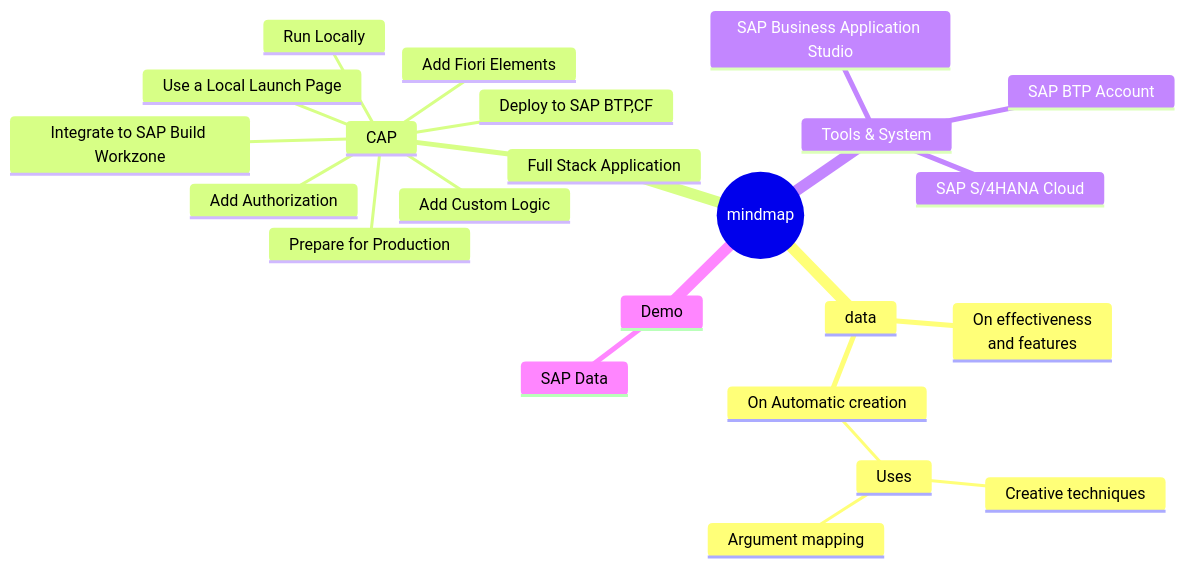
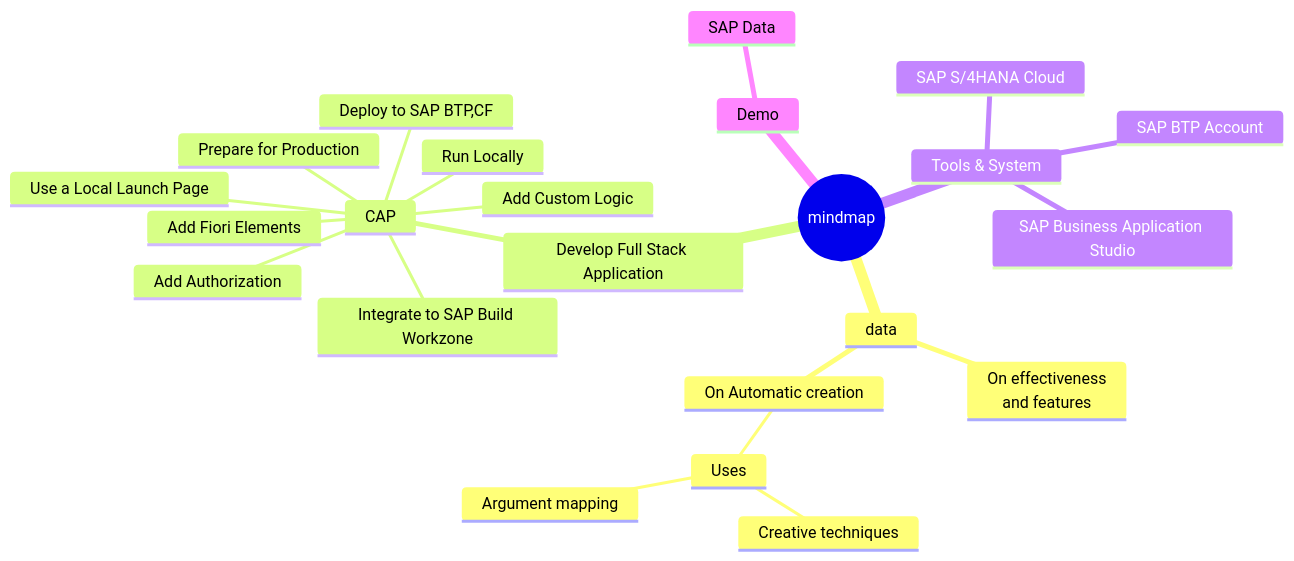
The first of 4 diagrams in README.md (ejazsyed/validation-issue), drawn with Mermaid before and after one commit.

````diff
--- a/README.md
+++ b/README.md
@@ -7,27 +7,27 @@
 ```mermaid
    mindmap
   root((mindmap))
     data
       On effectiveness<br/>and features
       On Automatic creation
         Uses
             Creative techniques
             Argument mapping
-    Full Stack Application
+    Develop Full Stack Application
       CAP
         Add Custom Logic
         Add Fiori Elements
         Use a Local Launch Page
         Add Authorization
         Run Locally
         Prepare for Production
         Deploy to SAP BTP,CF
         Integrate to SAP Build Workzone
     Tools & System
       SAP BTP Account
       SAP Business Application Studio
       SAP S/4HANA Cloud
     Demo
       SAP Data
 
 ```
````
